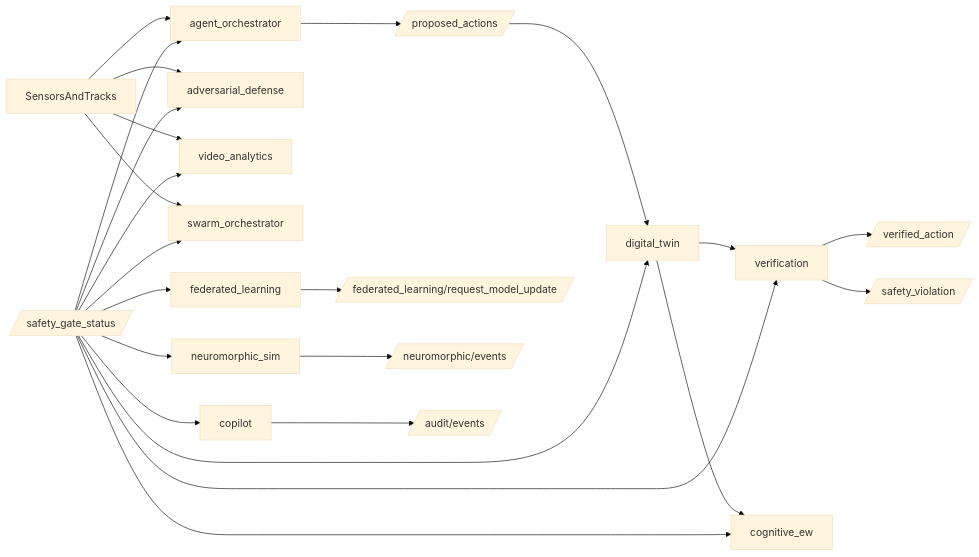
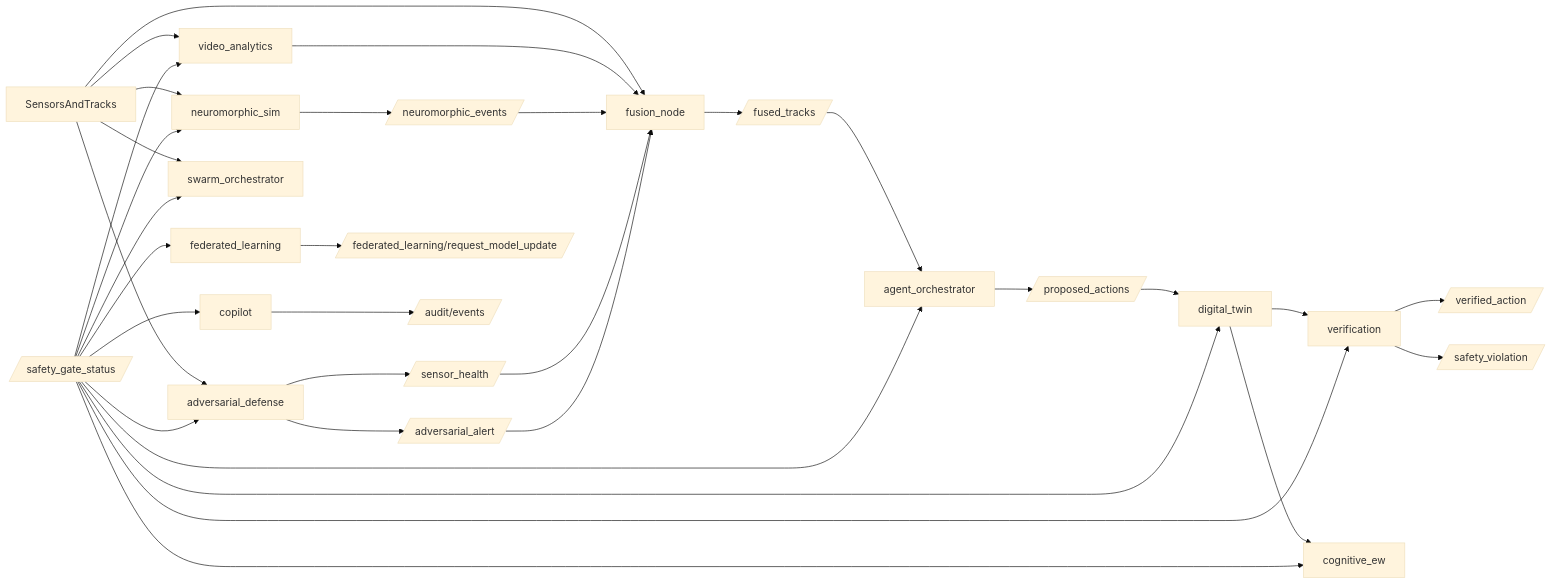
The diagram in docs/COGNITIVE_ARCHITECTURE.md (FratresMedAI/Ancile-Aeris), drawn with Mermaid (base theme) before and after one commit. The commit also changed other lines of this file and 14 other files, not shown here.

````diff
--- a/docs/COGNITIVE_ARCHITECTURE.md
+++ b/docs/COGNITIVE_ARCHITECTURE.md
@@ -24,26 +32,35 @@
 ```mermaid
 flowchart LR
-  sensorInputs[SensorsAndTracks] --> agentOrchestrator[agent_orchestrator]
+  sensorInputs[SensorsAndTracks] --> fusionNode[fusion_node]
   sensorInputs --> adversarialDefense[adversarial_defense]
   sensorInputs --> videoAnalytics[video_analytics]
+  sensorInputs --> neuromorphicSim[neuromorphic_sim]
   sensorInputs --> swarmOrchestrator[swarm_orchestrator]
+  videoAnalytics --> fusionNode
+  neuromorphicSim --> eventTopic[/neuromorphic_events/]
+  eventTopic --> fusionNode
+  adversarialDefense --> sensorHealth[/sensor_health/]
+  adversarialDefense --> adversarialAlert[/adversarial_alert/]
+  sensorHealth --> fusionNode
+  adversarialAlert --> fusionNode
+  fusionNode --> fusedTracks[/fused_tracks/]
+  fusedTracks --> agentOrchestrator[agent_orchestrator]
   agentOrchestrator --> proposedActions[/proposed_actions/]
   proposedActions --> digitalTwin[digital_twin]
   digitalTwin --> verification[verification]
   verification --> verifiedAction[/verified_action/]
   verification --> safetyViolation[/safety_violation/]
   digitalTwin --> cognitiveEw[cognitive_ew]
   federatedLearning[federated_learning] --> modelUpdateSvc[/federated_learning/request_model_update/]
-  neuromorphicSim[neuromorphic_sim] --> eventTopic[/neuromorphic/events/]
   copilot[copilot] --> auditEvents[/audit/events/]
   safetyGate[/safety_gate_status/] --> agentOrchestrator
   safetyGate --> adversarialDefense
   safetyGate --> digitalTwin
   safetyGate --> cognitiveEw
   safetyGate --> verification
   safetyGate --> neuromorphicSim
   safetyGate --> videoAnalytics
   safetyGate --> swarmOrchestrator
   safetyGate --> copilot
   safetyGate --> federatedLearning
 ```
````
